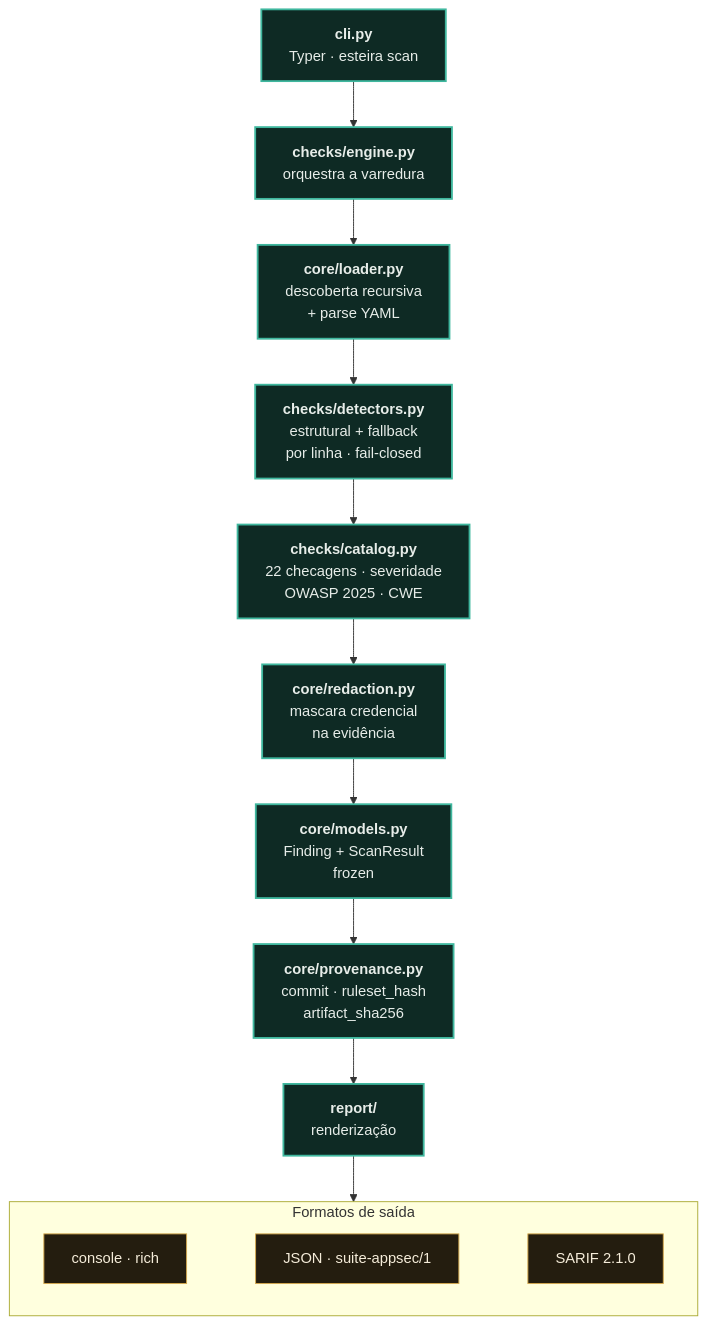
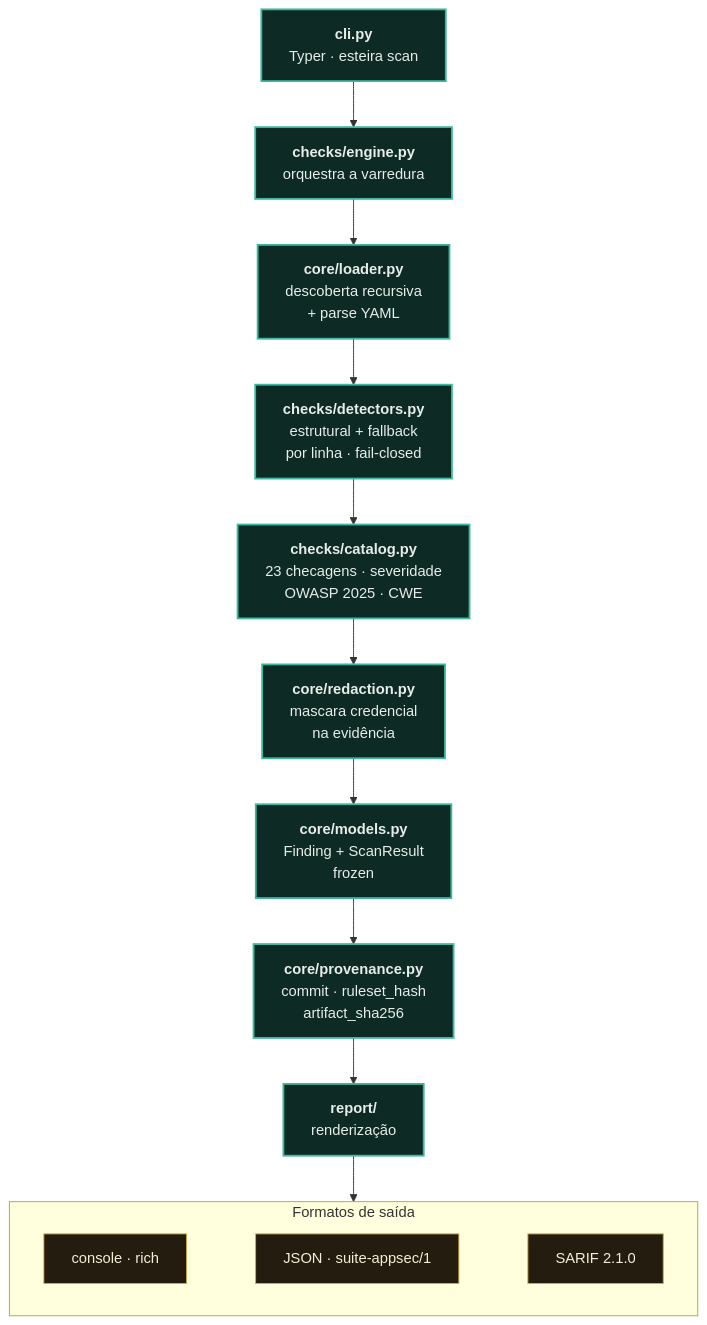
The diagram in README.md (Paulo-Marcos-Lucio/esteira), drawn with Mermaid before and after one commit. The commit also changed other lines of this file and 9 other files, not shown here.

````diff
--- a/README.md
+++ b/README.md
@@ -274,20 +275,20 @@
 ```mermaid
 flowchart TD
     A["<b>cli.py</b><br/>Typer · esteira scan"] --> ENG["<b>checks/engine.py</b><br/>orquestra a varredura"]
     ENG --> LOAD["<b>core/loader.py</b><br/>descoberta recursiva<br/>+ parse YAML"]
     LOAD --> DET["<b>checks/detectors.py</b><br/>estrutural + fallback<br/>por linha · fail-closed"]
-    DET --> CAT["<b>checks/catalog.py</b><br/>22 checagens · severidade<br/>OWASP 2025 · CWE"]
+    DET --> CAT["<b>checks/catalog.py</b><br/>23 checagens · severidade<br/>OWASP 2025 · CWE"]
     CAT --> RED["<b>core/redaction.py</b><br/>mascara credencial<br/>na evidência"]
     RED --> FND["<b>core/models.py</b><br/>Finding + ScanResult<br/>frozen"]
     FND --> PRV["<b>core/provenance.py</b><br/>commit · ruleset_hash<br/>artifact_sha256"]
     PRV --> REP["<b>report/</b><br/>renderização"]
     REP --> OUT
     subgraph OUT [" Formatos de saída "]
         direction LR
         CON["console · rich"] ~~~ JS["JSON · suite-appsec/1"] ~~~ SA["SARIF 2.1.0"]
     end
     classDef nucleo fill:#0e2a24,stroke:#3fb79e,stroke-width:2px,color:#e7ede9;
     classDef saida fill:#241d0f,stroke:#d6a94e,color:#f5ecd9;
     class A,ENG,LOAD,DET,CAT,RED,FND,PRV,REP nucleo;
     class CON,JS,SA saida;
 ```
````
